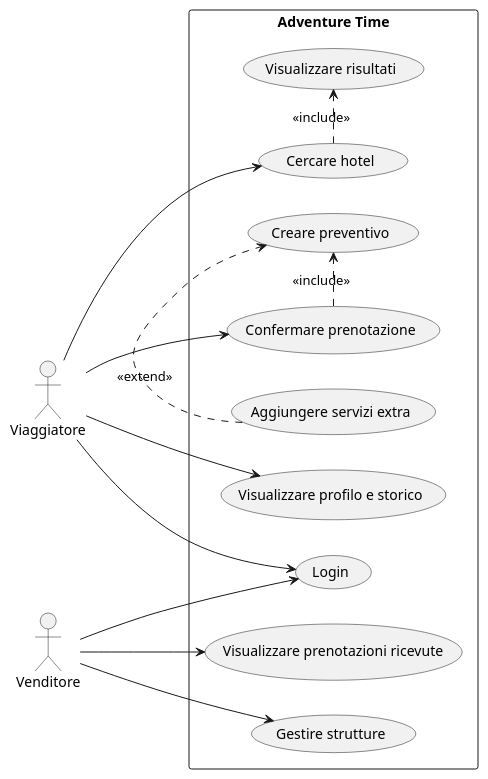
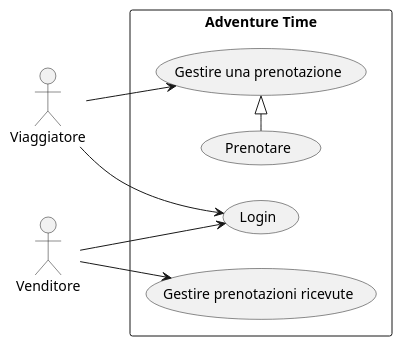
The diagram in docs/uml/use-case.puml (SammySignorile/adventure-time), drawn with PlantUML before and after one commit. The commit also changed 50 other files, not shown here.

```diff
--- a/docs/uml/use-case.puml
+++ b/docs/uml/use-case.puml
@@ -1,26 +1,16 @@
 @startuml
 left to right direction
 actor Viaggiatore
 actor Venditore
 rectangle "Adventure Time" {
   usecase "Login" as UC1
-  usecase "Cercare hotel" as UC2
-  usecase "Visualizzare risultati" as UC3
-  usecase "Creare preventivo" as UC4
-  usecase "Aggiungere servizi extra" as UC5
-  usecase "Confermare prenotazione" as UC6
-  usecase "Visualizzare profilo e storico" as UC7
-  usecase "Gestire strutture" as UC8
-  usecase "Visualizzare prenotazioni ricevute" as UC9
+  usecase "Gestire una prenotazione" as UC2
+  usecase "Prenotare" as UC3
+  usecase "Gestire prenotazioni ricevute" as UC4
 }
 Viaggiatore --> UC1
 Viaggiatore --> UC2
-Viaggiatore --> UC6
-Viaggiatore --> UC7
 Venditore --> UC1
-Venditore --> UC8
-Venditore --> UC9
-UC2 .> UC3 : <<include>>
-UC6 .> UC4 : <<include>>
-UC5 .> UC4 : <<extend>>
+Venditore --> UC4
+UC3 -|> UC2
 @enduml
```
